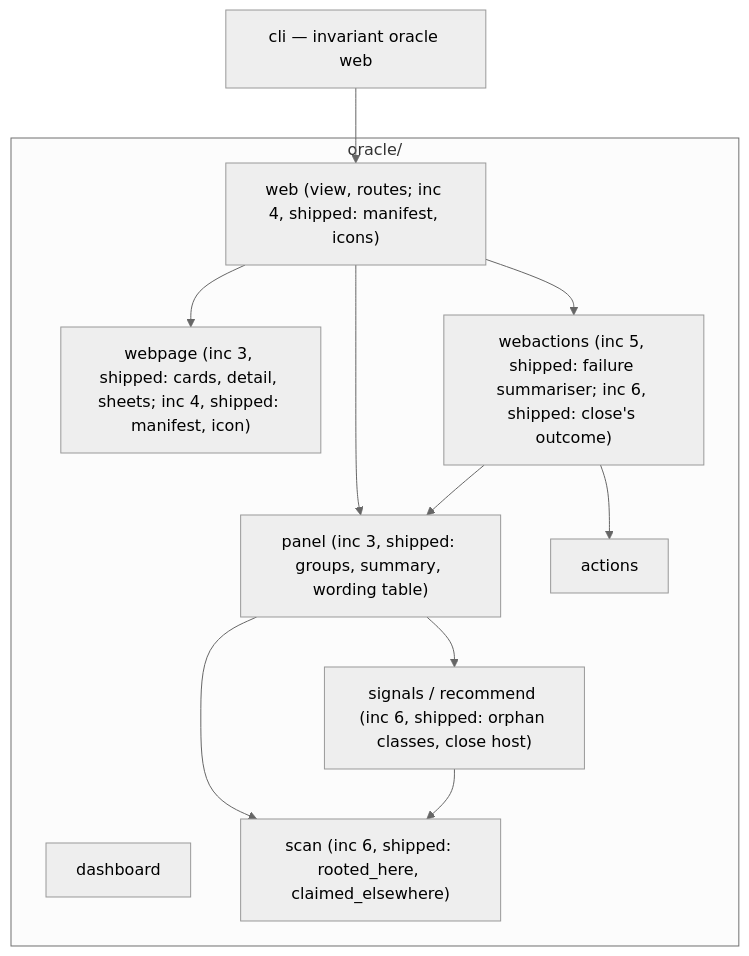
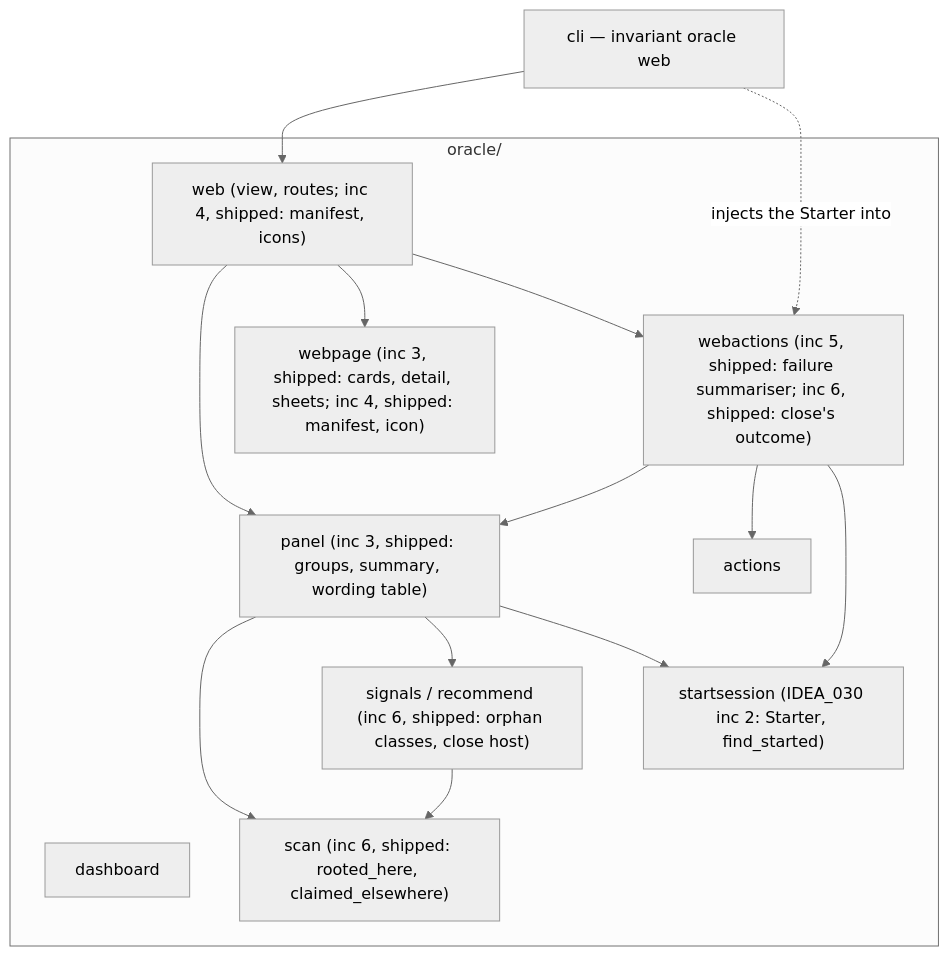
Before and after one commit to Mindchallenges/Invariant: the first of 2 diagrams in docs/architecture/oracle-panel.md, drawn with Mermaid (neutral theme). The commit also changed other lines of this file and 16 other files, not shown here.

First line of the commit message:
Oracle: phone panel "New session" flow (IDEA_030 increment 2)

````diff
--- a/docs/architecture/oracle-panel.md
+++ b/docs/architecture/oracle-panel.md
@@ -37,23 +39,27 @@
 ```mermaid
 graph TD
     CLI[cli — invariant oracle web]
     subgraph oracle["oracle/"]
         WEB["web (view, routes; inc 4, shipped: manifest, icons)"]
         PANEL["panel (inc 3, shipped: groups, summary, wording table)"]
         WEBPAGE["webpage (inc 3, shipped: cards, detail, sheets; inc 4, shipped: manifest, icon)"]
         WEBACT["webactions (inc 5, shipped: failure summariser; inc 6, shipped: close's outcome)"]
         ACTIONS[actions]
         DASH[dashboard]
         SIGNALS["signals / recommend (inc 6, shipped: orphan classes, close host)"]
         SCAN["scan (inc 6, shipped: rooted_here, claimed_elsewhere)"]
+        START["startsession (IDEA_030 inc 2: Starter, find_started)"]
     end
     CLI --> WEB
     WEB --> PANEL
     WEB --> WEBPAGE
     WEB --> WEBACT
     PANEL --> SCAN
     PANEL --> SIGNALS
     WEBACT --> PANEL
     WEBACT --> ACTIONS
     SIGNALS --> SCAN
+    WEBACT --> START
+    PANEL --> START
+    CLI -. injects the Starter into .-> WEBACT
 ```
````
